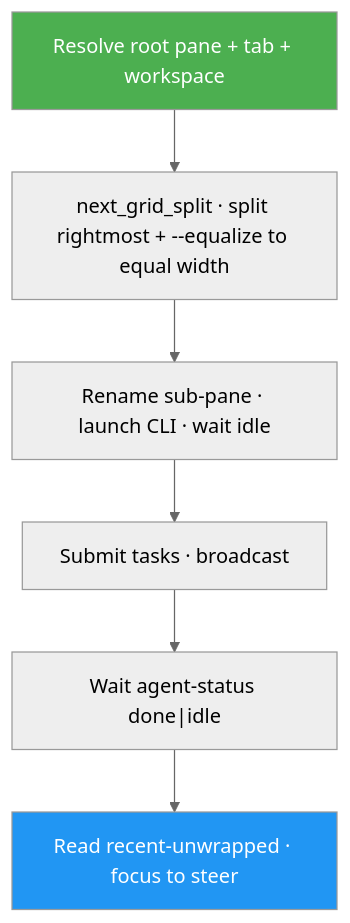
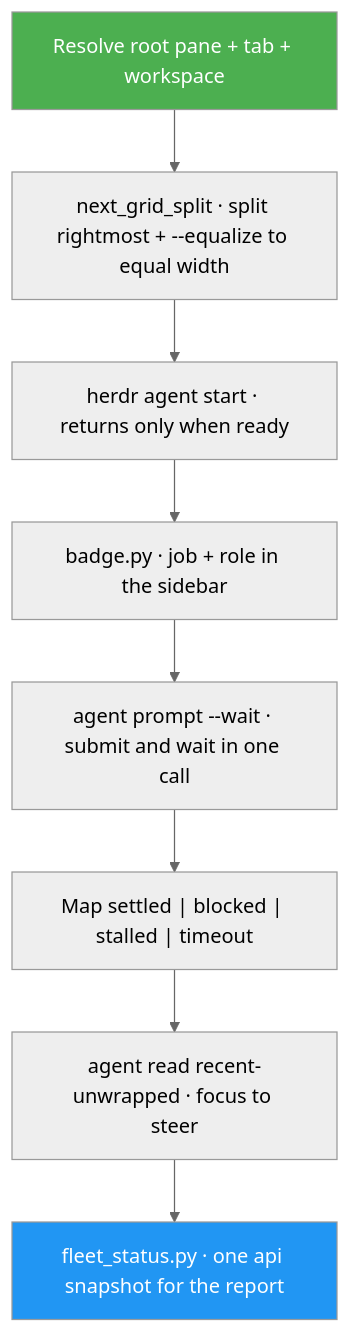
Before and after one commit to luongnv89/skills: the diagram in skills/herdr-agent-comms/docs/README.md, drawn with Mermaid (neutral theme). The commit also changed other lines of this file and 19 other files, not shown here.

First line of the commit message:
feat(herdr-agent-comms): rebuild on the herdr 0.9 agent surface, add fleet monitoring (2.0.0) (#186)

````diff
--- a/skills/herdr-agent-comms/docs/README.md
+++ b/skills/herdr-agent-comms/docs/README.md
@@ -34,10 +38,12 @@
 ```mermaid
 graph TD
     A["Resolve root pane + tab + workspace"] --> B["next_grid_split · split rightmost + --equalize to equal width"]
-    B --> C["Rename sub-pane · launch CLI · wait idle"]
-    C --> D["Submit tasks · broadcast"]
-    D --> E["Wait agent-status done|idle"]
-    E --> F["Read recent-unwrapped · focus to steer"]
+    B --> C["herdr agent start · returns only when ready"]
+    C --> C2["badge.py · job + role in the sidebar"]
+    C2 --> D["agent prompt --wait · submit and wait in one call"]
+    D --> E["Map settled | blocked | stalled | timeout"]
+    E --> F["agent read recent-unwrapped · focus to steer"]
+    F --> G["fleet_status.py · one api snapshot for the report"]
     style A fill:#4CAF50,color:#fff
-    style F fill:#2196F3,color:#fff
+    style G fill:#2196F3,color:#fff
 ```
````
